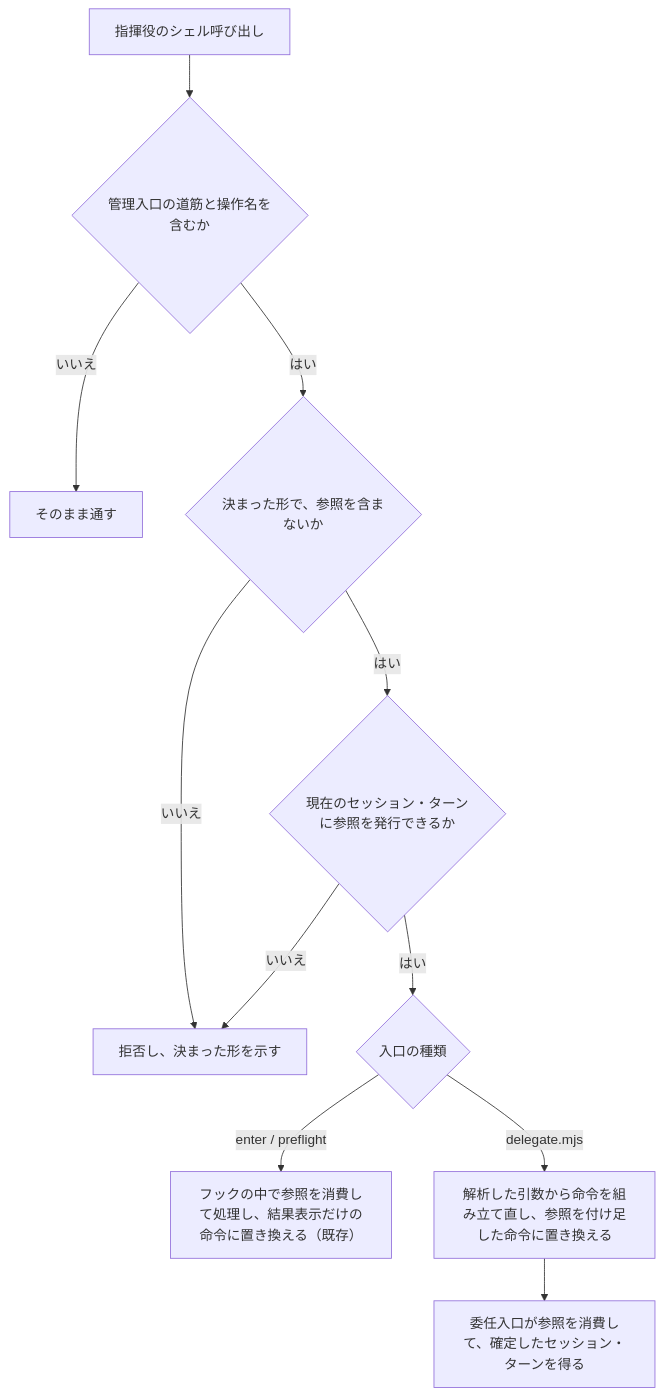
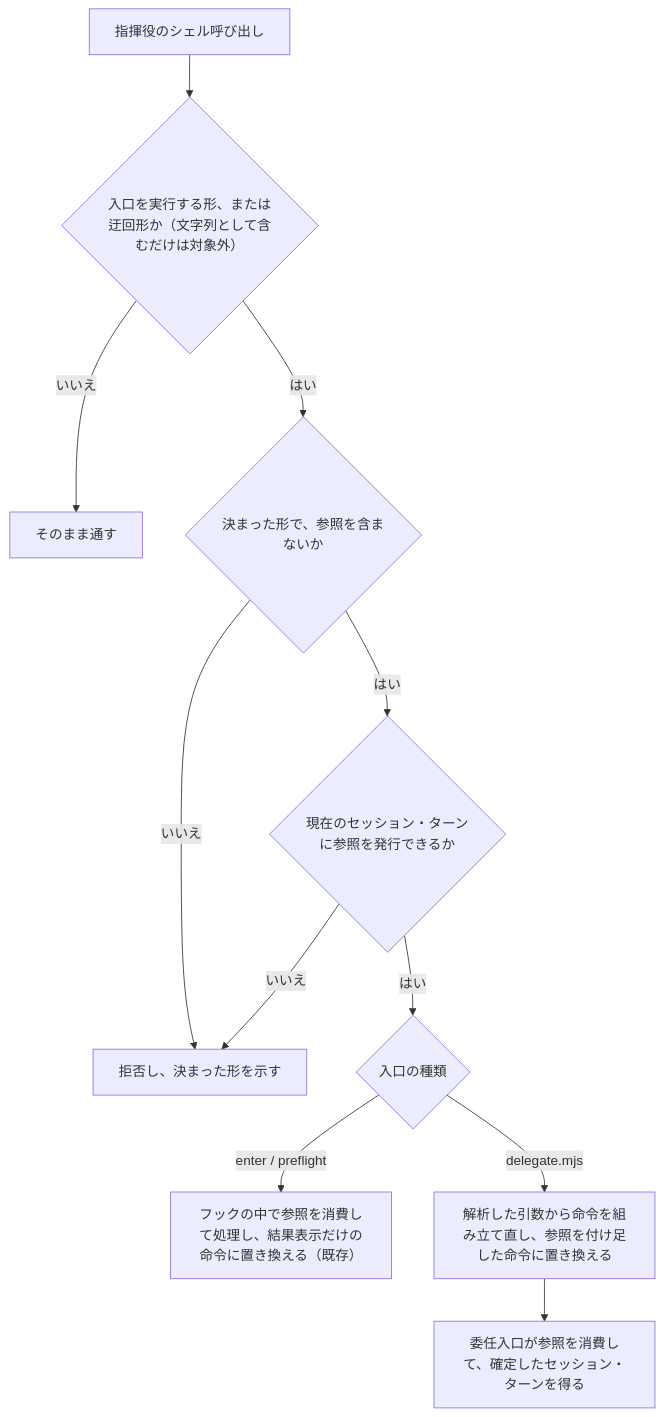
One commit to nekono-dev/cc-sdd-bootstrap changed the third of 3 diagrams in .kiro/specs/subagent-model-policy/design.md. Above: the diagram before and after it, drawn with Mermaid. The commit also changed other lines of this file and 2 other files, not shown here.

````diff
--- a/.kiro/specs/subagent-model-policy/design.md
+++ b/.kiro/specs/subagent-model-policy/design.md
@@ -118,13 +118,13 @@
 ```mermaid
 flowchart TD
-    Bash["指揮役のシェル呼び出し"] --> Mentions{"管理入口の道筋と操作名を含むか"}
+    Bash["指揮役のシェル呼び出し"] --> Mentions{"入口を実行する形、または迂回形か（文字列として含むだけは対象外）"}
     Mentions -->|いいえ| Pass["そのまま通す"]
     Mentions -->|はい| Form{"決まった形で、参照を含まないか"}
     Form -->|いいえ| Reject["拒否し、決まった形を示す"]
     Form -->|はい| Issue{"現在のセッション・ターンに参照を発行できるか"}
     Issue -->|いいえ| Reject
     Issue -->|はい| Kind{"入口の種類"}
     Kind -->|enter / preflight| Inner["フックの中で参照を消費して処理し、結果表示だけの命令に置き換える（既存）"]
     Kind -->|delegate.mjs| Append["解析した引数から命令を組み立て直し、参照を付け足した命令に置き換える"]
     Append --> Entry["委任入口が参照を消費して、確定したセッション・ターンを得る"]
 ```
````
